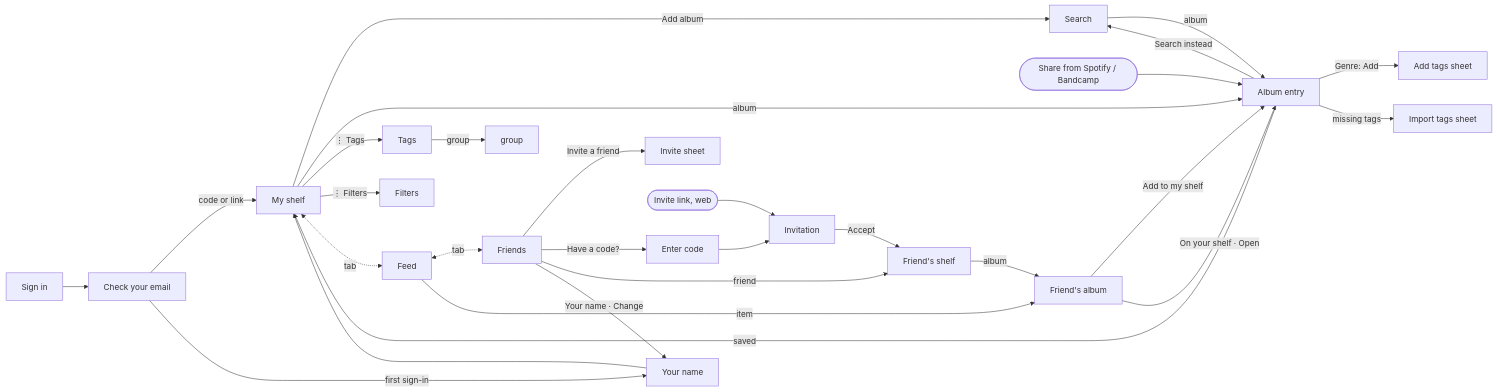
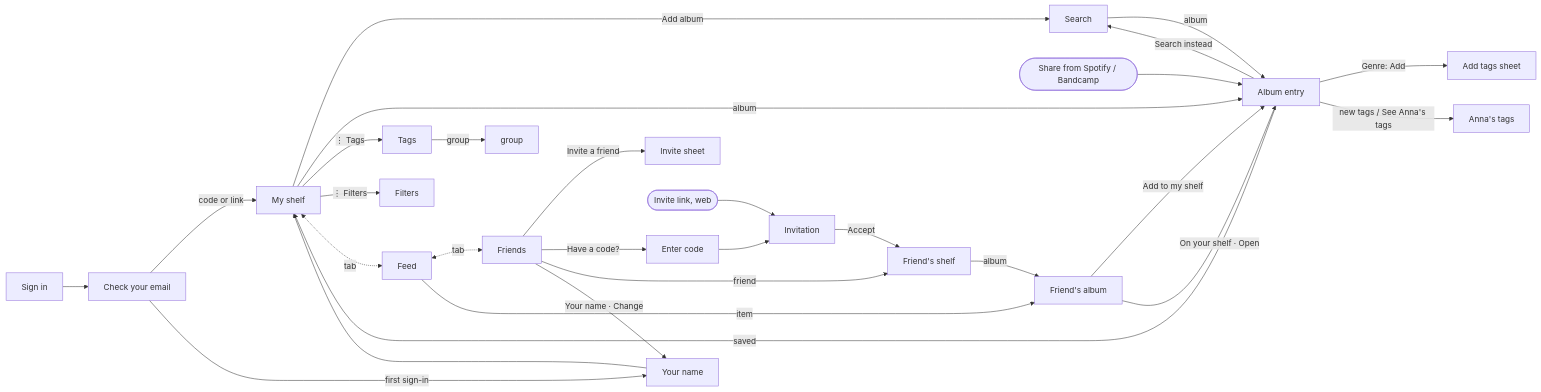
Before and after one commit to Schwub/shelf: the diagram in docs/design/screens.md, drawn with Mermaid. The commit also changed other lines of this file and 16 other files, not shown here.

````diff
--- a/docs/design/screens.md
+++ b/docs/design/screens.md
@@ -37,30 +37,30 @@
 ```mermaid
 flowchart LR
   signin[Sign in] --> check[Check your email]
   check -- code or link --> shelf[My shelf]
   shelf -- Add album --> search[Search]
   search -- album --> entry[Album entry]
   shelf -- album --> entry
   share([Share from Spotify / Bandcamp]) --> entry
   entry -- Search instead --> search
   entry -- saved --> shelf
   entry -- Genre: Add --> addtags[Add tags sheet]
   shelf -- ⋮ Tags --> tags[Tags]
   tags -- group --> group
   shelf -- ⋮ Filters --> filters[Filters]
-  entry -- missing tags --> import[Import tags sheet]
+  entry -- new tags / See Anna's tags --> import[Anna's tags]
   check -- first sign-in --> name[Your name]
   name --> shelf
   shelf <-. tab .-> feed[Feed]
   feed <-. tab .-> friends[Friends]
   feed -- item --> falbum[Friend's album]
   friends -- Invite a friend --> invite[Invite sheet]
   friends -- Have a code? --> code[Enter code] --> invitation[Invitation]
   link([Invite link, web]) --> invitation
   invitation -- Accept --> fshelf[Friend's shelf]
   friends -- friend --> fshelf
   fshelf -- album --> falbum
   falbum -- Add to my shelf --> entry
   falbum -- On your shelf · Open --> entry
   friends -- Your name · Change --> name
 ```
````
